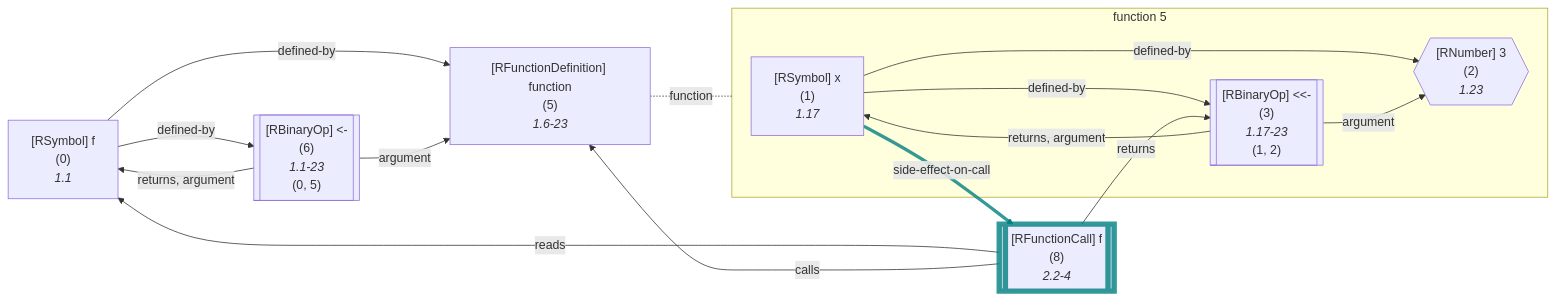
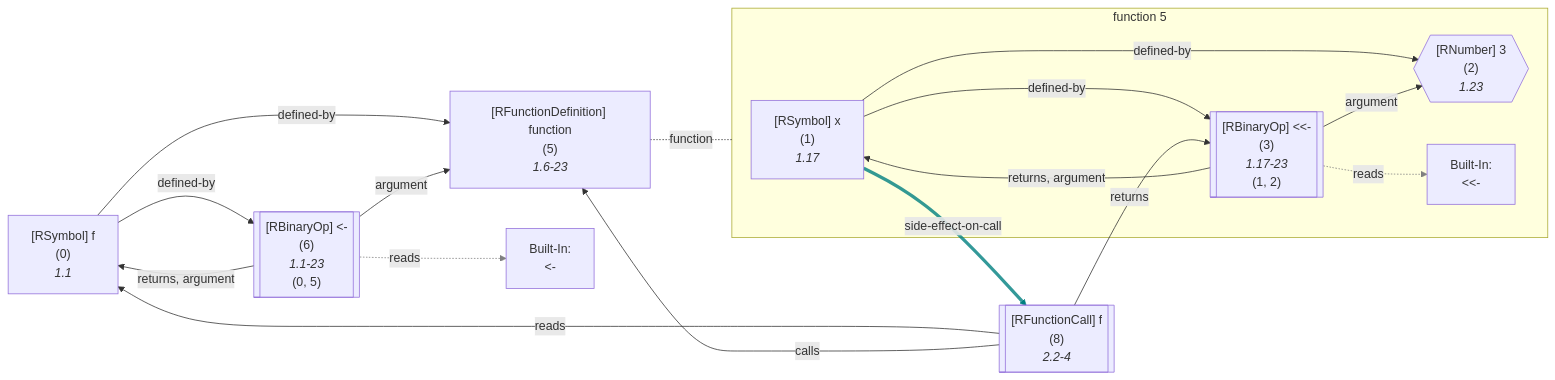
One commit to flowr-analysis/flowr changed diagram 17 of 48 in wiki/Dataflow Graph.md. Above: the diagram before and after it, drawn with Mermaid. The commit also changed other lines of this file and 7 other files, not shown here.

Commit message:
[skip ci] doc: update generated wiki pages (wiki/Capabilities,wiki/Dataflow Graph,wiki/Search API,wiki/Interface,wiki/Control Flow Graph,wiki/Linting and Testing,wiki/Core,README)

````diff
--- a/wiki/Dataflow Graph.md
+++ b/wiki/Dataflow Graph.md
@@ -2394,53 +2519,60 @@
 ```mermaid
 flowchart LR
     %% Environment of 5 [level: 0]:
     %% Built-in
     %% 325----------------------------------------
     %%   x: {**x** (id: 1, type: Variable, def. @3)}
     5["`#91;RFunctionDefinition#93; function
       (5)
       *1.6-23*`"]
 
 subgraph "flow-5" [function 5]
     2{{"`#91;RNumber#93; 3
       (2)
       *1.23*`"}}
     1["`#91;RSymbol#93; x
       (1)
       *1.17*`"]
     3[["`#91;RBinaryOp#93; #60;#60;#45;
       (3)
       *1.17-23*
     (1, 2)`"]]
+    built-in:__-["`Built-In:
+#60;#60;#45;`"]
 end
     0["`#91;RSymbol#93; f
       (0)
       *1.1*`"]
     6[["`#91;RBinaryOp#93; #60;#45;
       (6)
       *1.1-23*
     (0, 5)`"]]
+    built-in:_-["`Built-In:
+#60;#45;`"]
     %% Environment of 8 [level: 0]:
     %% Built-in
     %% 333----------------------------------------
     %%   f: {**f** (id: 0, type: Function, def. @6)}
     8[["`#91;RFunctionCall#93; f
       (8)
       *2.2-4*`"]]
-    style 8 stroke:teal,stroke-width:7px,stroke-opacity:.8; 
     1 -->|"defined-by"| 2
     1 -->|"defined-by"| 3
     1 -->|"side-effect-on-call"| 8
     linkStyle 2 stroke:teal,stroke-width:4.2px,stroke-opacity:.8
     3 -->|"argument"| 2
     3 -->|"returns, argument"| 1
+    3 -.->|"reads"| built-in:__-
+    linkStyle 5 stroke:gray;
 5 -.-|function| flow-5
 
     0 -->|"defined-by"| 5
     0 -->|"defined-by"| 6
     6 -->|"argument"| 5
     6 -->|"returns, argument"| 0
+    6 -.->|"reads"| built-in:_-
+    linkStyle 11 stroke:gray;
     8 -->|"reads"| 0
     8 -->|"returns"| 3
     8 -->|"calls"| 5
 ```
````
